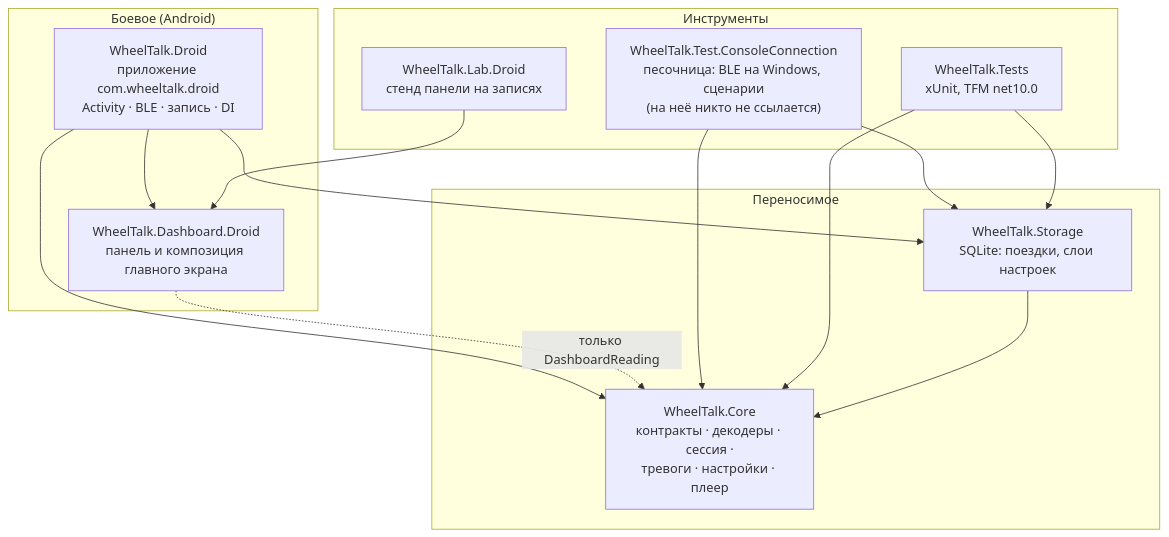
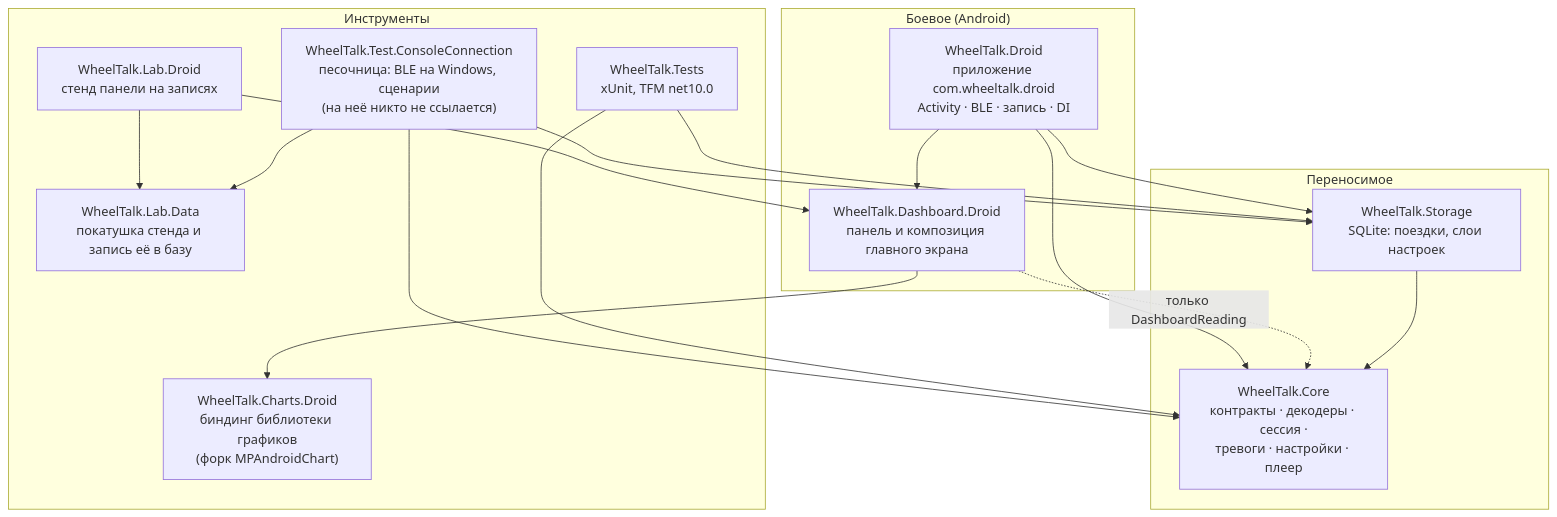
Before and after one commit to dimaaannn/wheeltalk: the first of 3 diagrams in docs/architecture.md, drawn with Mermaid. The commit also changed 15 other files, not shown here.

````diff
--- a/docs/architecture.md
+++ b/docs/architecture.md
@@ -11,29 +11,34 @@
 ```mermaid
 graph TB
     subgraph Переносимое
         Core["WheelTalk.Core<br/>контракты · декодеры · сессия ·<br/>тревоги · настройки · плеер"]
         Storage["WheelTalk.Storage<br/>SQLite: поездки, слои настроек"]
     end
 
     subgraph "Боевое (Android)"
         Droid["WheelTalk.Droid<br/>приложение com.wheeltalk.droid<br/>Activity · BLE · запись · DI"]
         DashDroid["WheelTalk.Dashboard.Droid<br/>панель и композиция главного экрана"]
     end
 
     subgraph Инструменты
         Console["WheelTalk.Test.ConsoleConnection<br/>песочница: BLE на Windows, сценарии<br/>(на неё никто не ссылается)"]
         LabDroid["WheelTalk.Lab.Droid<br/>стенд панели на записях"]
+        Charts["WheelTalk.Charts.Droid<br/>биндинг библиотеки графиков<br/>(форк MPAndroidChart)"]
+        LabData["WheelTalk.Lab.Data<br/>покатушка стенда и запись её в базу"]
         Tests["WheelTalk.Tests<br/>xUnit, TFM net10.0"]
     end
 
     Droid --> Core
     Droid --> Storage
     Droid --> DashDroid
     DashDroid -.->|только DashboardReading| Core
     LabDroid --> DashDroid
+    LabDroid --> LabData
+    DashDroid --> Charts
+    Console --> LabData
     Console --> Core
     Console --> Storage
     Tests --> Core
     Tests --> Storage
     Storage --> Core
 ```
````
